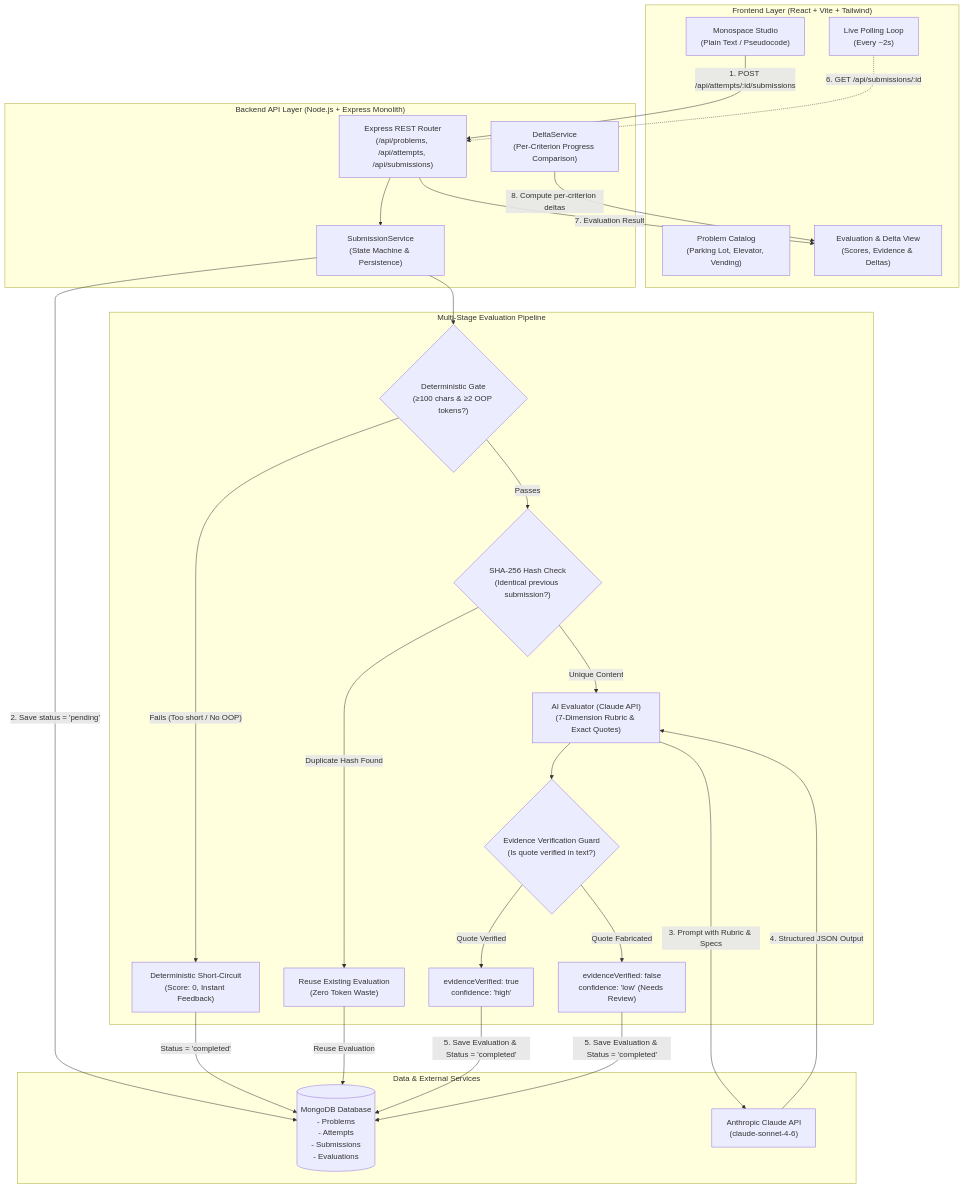
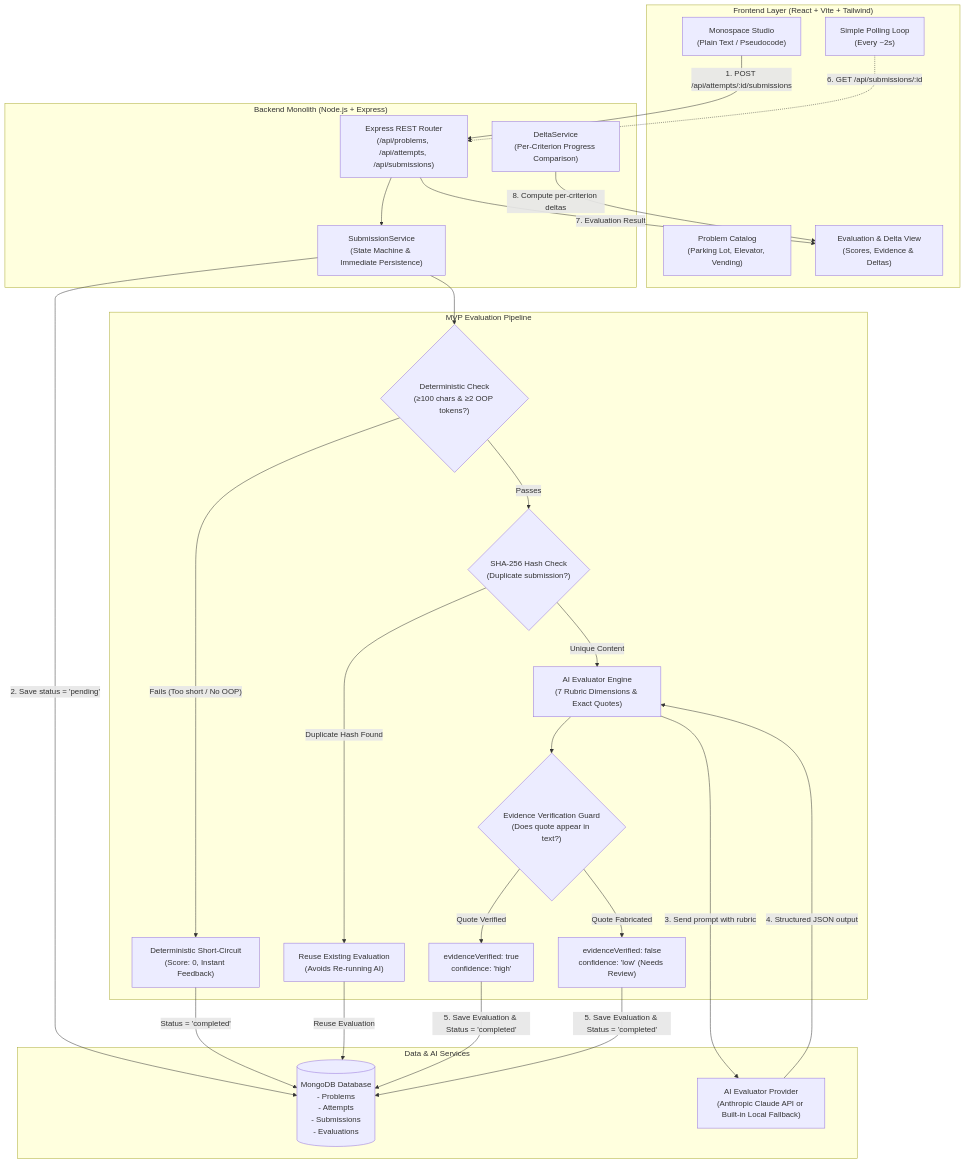
Before and after one commit to Dubey411/LLD-forge: the diagram in README.md, drawn with Mermaid. The commit also changed other lines of this file, not shown here.

Commit message:
docs: clarify 2-Day MVP prototype scope and local fallback in architecture diagram

````diff
--- a/README.md
+++ b/README.md
@@ -43,59 +43,59 @@
 ```mermaid
 flowchart TD
     subgraph Client["Frontend Layer (React + Vite + Tailwind)"]
         UI_Catalog["Problem Catalog\n(Parking Lot, Elevator, Vending)"]
         UI_Editor["Monospace Studio\n(Plain Text / Pseudocode)"]
-        UI_Polling["Live Polling Loop\n(Every ~2s)"]
+        UI_Polling["Simple Polling Loop\n(Every ~2s)"]
         UI_Results["Evaluation & Delta View\n(Scores, Evidence & Deltas)"]
     end
 
-    subgraph API["Backend API Layer (Node.js + Express Monolith)"]
+    subgraph API["Backend Monolith (Node.js + Express)"]
         Router["Express REST Router\n(/api/problems, /api/attempts, /api/submissions)"]
-        Service_Sub["SubmissionService\n(State Machine & Persistence)"]
+        Service_Sub["SubmissionService\n(State Machine & Immediate Persistence)"]
         Service_Delta["DeltaService\n(Per-Criterion Progress Comparison)"]
     end
 
-    subgraph Pipeline["Multi-Stage Evaluation Pipeline"]
-        Gate{"Deterministic Gate\n(≥100 chars & ≥2 OOP tokens?)"}
+    subgraph Pipeline["MVP Evaluation Pipeline"]
+        Gate{"Deterministic Check\n(≥100 chars & ≥2 OOP tokens?)"}
         ShortCircuit["Deterministic Short-Circuit\n(Score: 0, Instant Feedback)"]
-        Idempotency{"SHA-256 Hash Check\n(Identical previous submission?)"}
-        ReuseCache["Reuse Existing Evaluation\n(Zero Token Waste)"]
-        AI_Call["AI Evaluator (Claude API)\n(7-Dimension Rubric & Exact Quotes)"]
-        EvidenceGuard{"Evidence Verification Guard\n(Is quote verified in text?)"}
+        Idempotency{"SHA-256 Hash Check\n(Duplicate submission?)"}
+        ReuseCache["Reuse Existing Evaluation\n(Avoids Re-running AI)"]
+        AI_Call["AI Evaluator Engine\n(7 Rubric Dimensions & Exact Quotes)"]
+        EvidenceGuard{"Evidence Verification Guard\n(Does quote appear in text?)"}
         Verified["evidenceVerified: true\nconfidence: 'high'"]
         Unverified["evidenceVerified: false\nconfidence: 'low' (Needs Review)"]
     end
 
-    subgraph Persistence["Data & External Services"]
+    subgraph Persistence["Data & AI Services"]
         MongoDB[("MongoDB Database\n- Problems\n- Attempts\n- Submissions\n- Evaluations")]
-        Claude["Anthropic Claude API\n(claude-sonnet-4-6)"]
+        AI_Service["AI Evaluator Provider\n(Anthropic Claude API or Built-in Local Fallback)"]
     end
 
     %% Flow Steps
     UI_Editor -->|"1. POST /api/attempts/:id/submissions"| Router
     Router --> Service_Sub
     Service_Sub -->|"2. Save status = 'pending'"| MongoDB
 
     Service_Sub --> Gate
     Gate -- "Fails (Too short / No OOP)" --> ShortCircuit
     ShortCircuit -->|"Status = 'completed'"| MongoDB
 
     Gate -- "Passes" --> Idempotency
     Idempotency -- "Duplicate Hash Found" --> ReuseCache
     ReuseCache -->|"Reuse Evaluation"| MongoDB
 
     Idempotency -- "Unique Content" --> AI_Call
-    AI_Call -->|"3. Prompt with Rubric & Specs"| Claude
-    Claude -->|"4. Structured JSON Output"| AI_Call
+    AI_Call -->|"3. Send prompt with rubric"| AI_Service
+    AI_Service -->|"4. Structured JSON output"| AI_Call
 
     AI_Call --> EvidenceGuard
     EvidenceGuard -- "Quote Verified" --> Verified
     EvidenceGuard -- "Quote Fabricated" --> Unverified
 
     Verified -->|"5. Save Evaluation & Status = 'completed'"| MongoDB
     Unverified -->|"5. Save Evaluation & Status = 'completed'"| MongoDB
 
     UI_Polling -.->|"6. GET /api/submissions/:id"| Router
     Router -->|"7. Evaluation Result"| UI_Results
     Service_Delta -->|"8. Compute per-criterion deltas"| UI_Results
 ```
````
